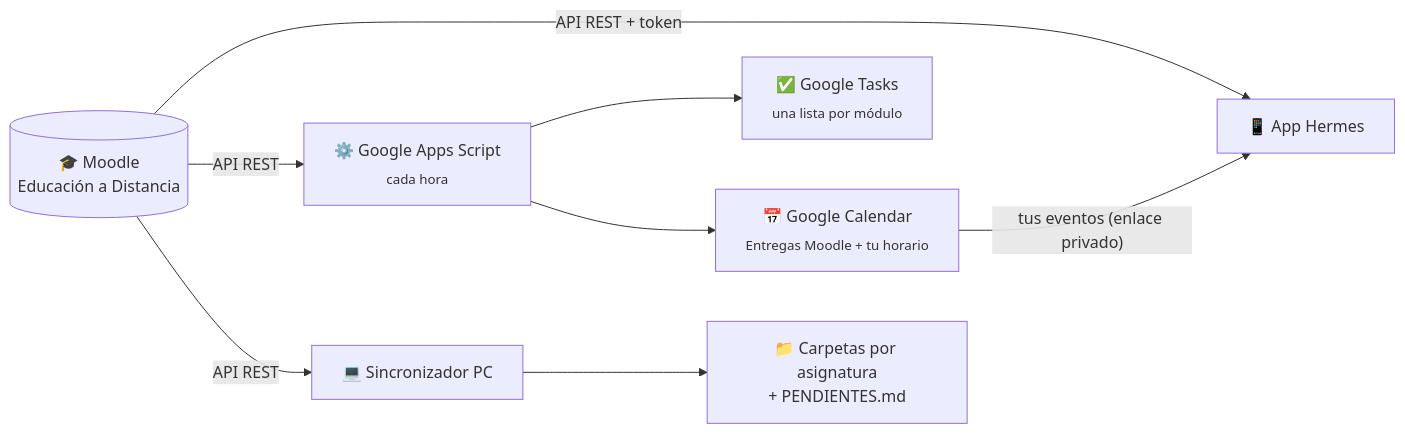
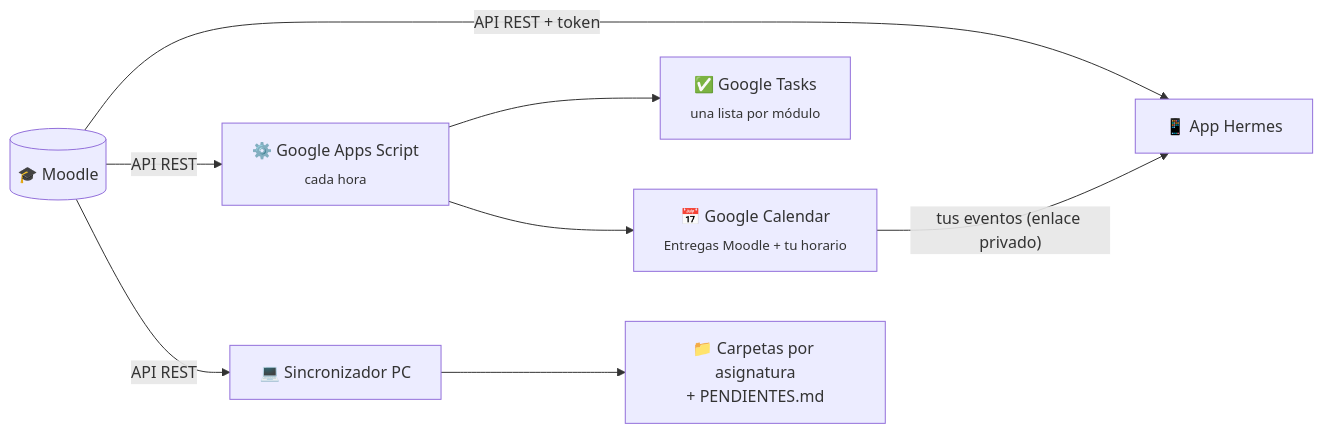
Before and after one commit to hehedaniel/hermes: the diagram in README.md, drawn with Mermaid. The commit also changed other lines of this file and 36 other files, not shown here.

````diff
--- a/README.md
+++ b/README.md
@@ -75,18 +75,18 @@
 ```mermaid
 flowchart LR
-    M[("🎓 Moodle<br/>Educación a Distancia")]
+    M[("🎓 Moodle<br/>")]
     A["📱 App Hermes"]
     G["⚙️ Google Apps Script<br/><sub>cada hora</sub>"]
     T["✅ Google Tasks<br/><sub>una lista por módulo</sub>"]
     C["📅 Google Calendar<br/><sub>Entregas Moodle + tu horario</sub>"]
     P["💻 Sincronizador PC"]
     F["📁 Carpetas por asignatura<br/>+ PENDIENTES.md"]
 
     M -- "API REST + token" --> A
     M -- "API REST" --> G
     G --> T
     G --> C
     C -- "tus eventos (enlace privado)" --> A
     M -- "API REST" --> P
     P --> F
 ```
````
